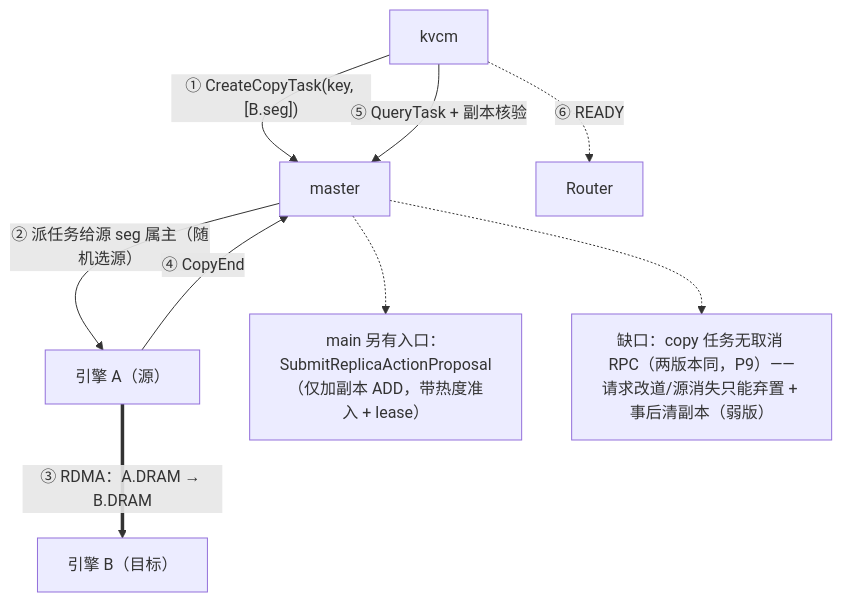
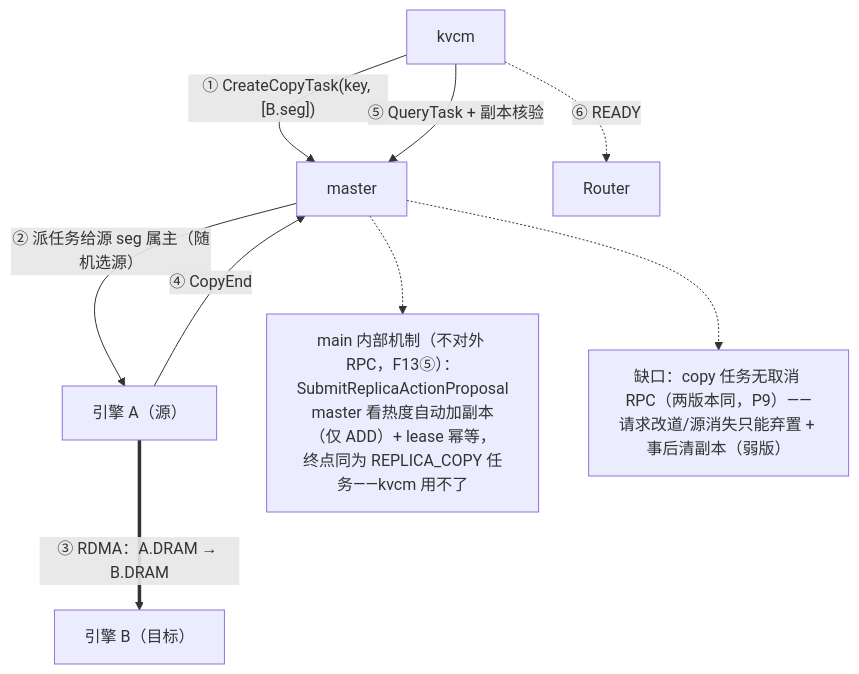
Before and after one commit to 5x8-40/lake: the second of 10 diagrams in kvcm/D2-kv-operations.md, drawn with Mermaid. The commit also changed other lines of this file, not shown here.

First line of the commit message:
docs(kvcm): 修正 copy/move 接口面事实 + keepalive 图补注册表与循环

````diff
--- a/kvcm/D2-kv-operations.md
+++ b/kvcm/D2-kv-operations.md
@@ -304,13 +308,13 @@
 ```mermaid
 flowchart TB
     K["kvcm"] -->|"① CreateCopyTask(key, [B.seg])"| M["master"]
     M -->|"② 派任务给源 seg 属主（随机选源）"| A["引擎 A（源）"]
     A ==>|"③ RDMA：A.DRAM → B.DRAM"| B["引擎 B（目标）"]
     A -->|"④ CopyEnd"| M
     K -->|"⑤ QueryTask + 副本核验"| M
     K -.->|"⑥ READY"| R["Router"]
-    N["main 另有入口：SubmitReplicaActionProposal<br/>（仅加副本 ADD，带热度准入 + lease）"]
+    N["main 内部机制（不对外 RPC，F13⑤）：SubmitReplicaActionProposal<br/>master 看热度自动加副本（仅 ADD）+ lease 幂等，<br/>终点同为 REPLICA_COPY 任务——kvcm 用不了"]
     M -.-> N
     N2["缺口：copy 任务无取消 RPC（两版本同，P9）——<br/>请求改道/源消失只能弃置 + 事后清副本（弱版）"]
     M -.-> N2
 ```
````
